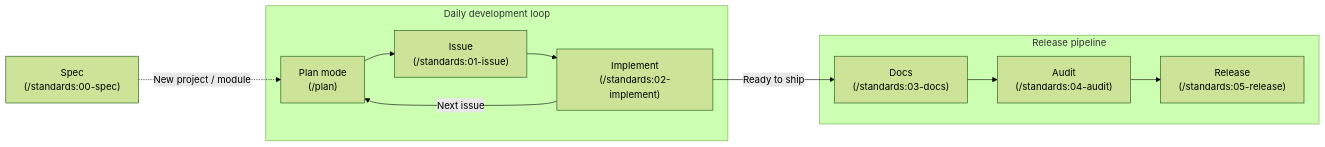
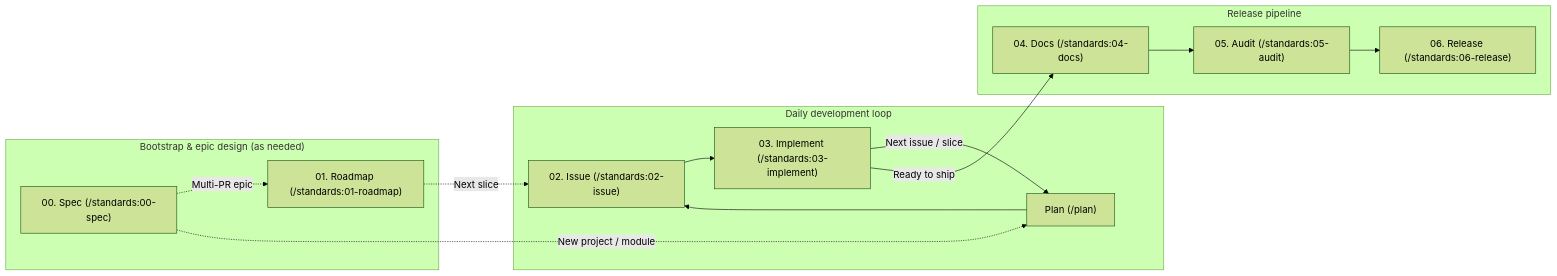
Before and after one commit to bvarnai/agy-standards: the diagram in README.md, drawn with Mermaid (forest theme). The commit also changed other lines of this file and 18 other files, not shown here.

First line of the commit message:
feat(skills)!: add 01-roadmap workflow and renumber skills to 00-06

````diff
--- a/README.md
+++ b/README.md
@@ -28,16 +28,19 @@
 ```mermaid
 flowchart LR
-    Spec["Spec<br/>(/standards:00-spec)"]
+    subgraph Upfront ["Bootstrap & epic design (as needed)"]
+        Spec["00. Spec (/standards:00-spec)"] -.->|"Multi-PR epic"| Roadmap["01. Roadmap (/standards:01-roadmap)"]
+    end
 
     subgraph Daily ["Daily development loop"]
-        Plan["Plan mode<br/>(/plan)"] --> Issue["Issue<br/>(/standards:01-issue)"] --> Code["Implement<br/>(/standards:02-implement)"]
+        Plan["Plan (/plan)"] --> Issue["02. Issue (/standards:02-issue)"] --> Impl["03. Implement (/standards:03-implement)"]
     end
 
     subgraph Ship ["Release pipeline"]
-        Docs["Docs<br/>(/standards:03-docs)"] --> Audit["Audit<br/>(/standards:04-audit)"] --> Release["Release<br/>(/standards:05-release)"]
+        Docs["04. Docs (/standards:04-docs)"] --> Audit["05. Audit (/standards:05-audit)"] --> Release["06. Release (/standards:06-release)"]
     end
 
     Spec -.->|"New project / module"| Plan
-    Code -->|"Next issue"| Plan
-    Code -->|"Ready to ship"| Docs
+    Roadmap -.->|"Next slice"| Issue
+    Impl -->|"Next issue / slice"| Plan
+    Impl -->|"Ready to ship"| Docs
 ```
````
